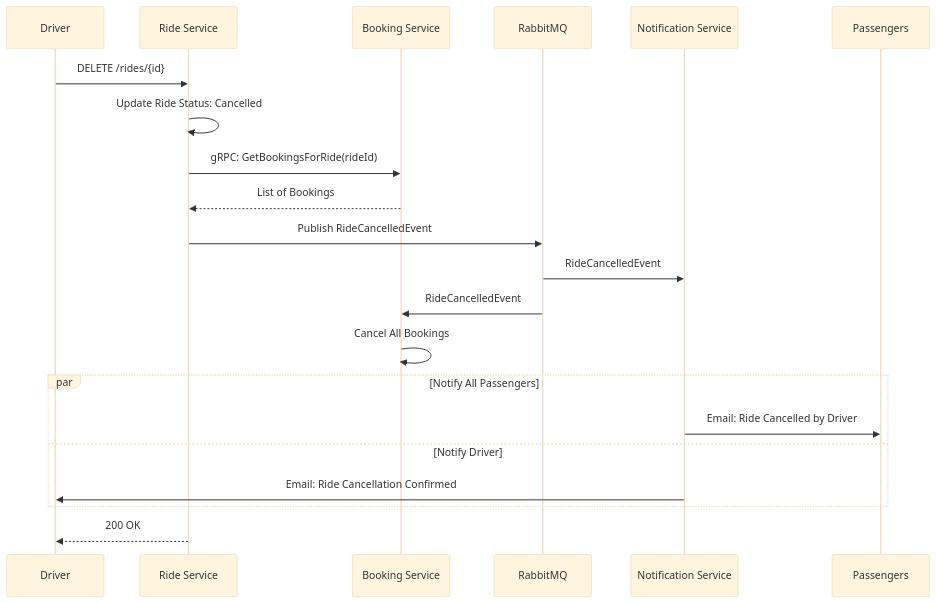
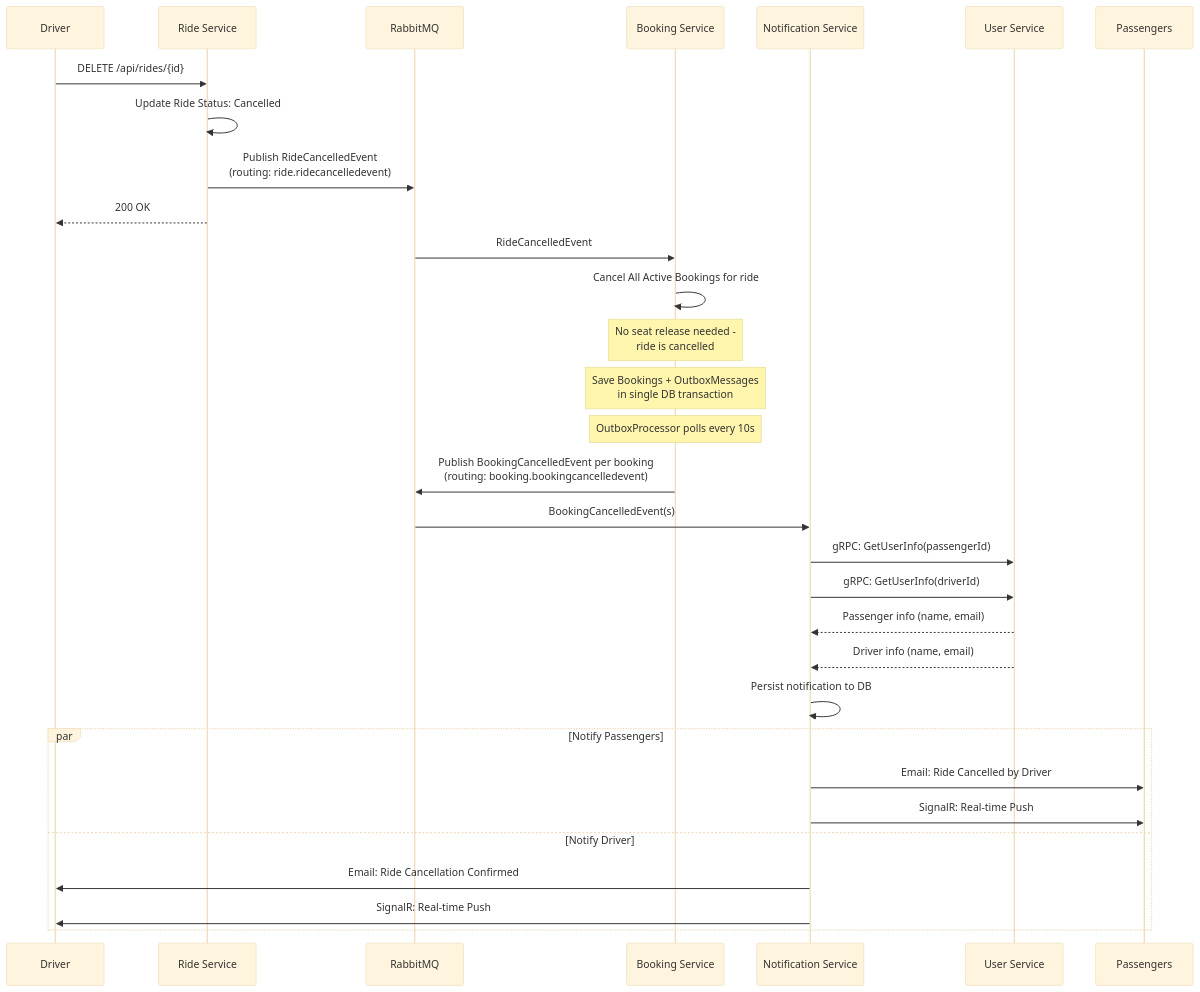
Before and after one commit to marijaa010/RideBuddy: the diagram in RideBuddy/diagrams/rideCancelledByDriverSequenceDiagram.mmd, drawn with Mermaid (base theme). The commit also changed 23 other files, not shown here.

```diff
--- a/RideBuddy/diagrams/rideCancelledByDriverSequenceDiagram.mmd
+++ b/RideBuddy/diagrams/rideCancelledByDriverSequenceDiagram.mmd
@@ -1,25 +1,38 @@
 sequenceDiagram
     participant D as Driver
     participant RS as Ride Service
+    participant MQ as RabbitMQ
     participant BS as Booking Service
-    participant MQ as RabbitMQ
     participant NS as Notification Service
+    participant US as User Service
     participant P as Passengers
-    
-    D->>RS: DELETE /rides/{id}
+
+    D->>RS: DELETE /api/rides/{id}
     RS->>RS: Update Ride Status: Cancelled
-    RS->>BS: gRPC: GetBookingsForRide(rideId)
-    BS-->>RS: List of Bookings
-    RS->>MQ: Publish RideCancelledEvent
-    MQ->>NS: RideCancelledEvent
+    RS->>MQ: Publish RideCancelledEvent<br/>(routing: ride.ridecancelledevent)
+    RS-->>D: 200 OK
+
     MQ->>BS: RideCancelledEvent
-    
-    BS->>BS: Cancel All Bookings
-    
-    par Notify All Passengers
+    BS->>BS: Cancel All Active Bookings for ride
+    note over BS: No seat release needed -<br/>ride is cancelled
+
+    note over BS: Save Bookings + OutboxMessages<br/>in single DB transaction
+    note over BS: OutboxProcessor polls every 10s
+    BS->>MQ: Publish BookingCancelledEvent per booking<br/>(routing: booking.bookingcancelledevent)
+
+    MQ->>NS: BookingCancelledEvent(s)
+
+    NS->>US: gRPC: GetUserInfo(passengerId)
+    NS->>US: gRPC: GetUserInfo(driverId)
+    US-->>NS: Passenger info (name, email)
+    US-->>NS: Driver info (name, email)
+
+    NS->>NS: Persist notification to DB
+
+    par Notify Passengers
         NS->>P: Email: Ride Cancelled by Driver
+        NS->>P: SignalR: Real-time Push
     and Notify Driver
         NS->>D: Email: Ride Cancellation Confirmed
+        NS->>D: SignalR: Real-time Push
     end
-    
-    RS-->>D: 200 OK
```
